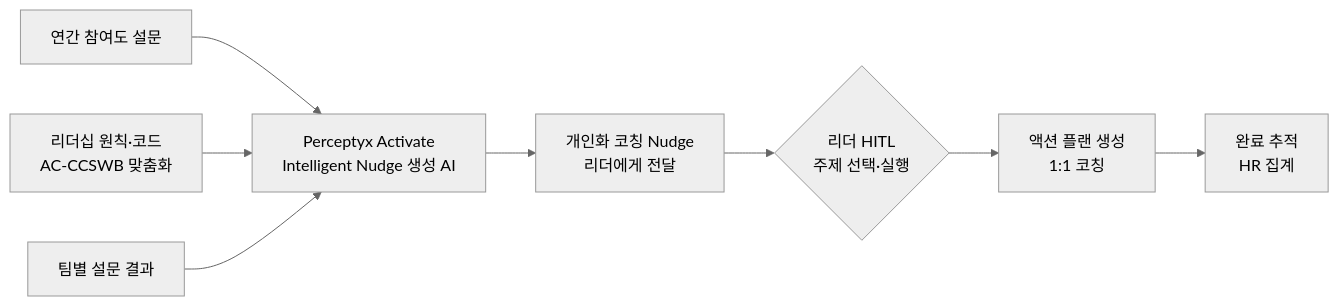
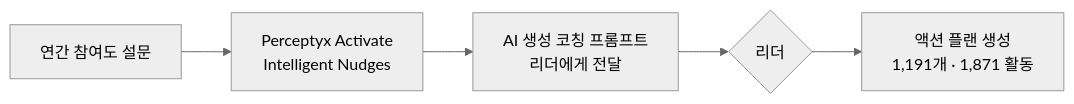
Before and after one commit to jameskim1st/hr-ai-benchmark: the diagram in wiki/usecases/coca-cola-southwest-perceptyx-activate.md, drawn with Mermaid (neutral theme). The commit also changed other lines of this file and 222 other files, not shown here.

````diff
--- a/wiki/usecases/coca-cola-southwest-perceptyx-activate.md
+++ b/wiki/usecases/coca-cola-southwest-perceptyx-activate.md
@@ -64,10 +64,7 @@
 ```mermaid
 flowchart LR
-    Survey[연간 참여도 설문] --> AI[Perceptyx Activate\nIntelligent Nudge 생성 AI]
-    Principles[리더십 원칙·코드\nAC-CCSWB 맞춤화] --> AI
-    Results[팀별 설문 결과] --> AI
-    AI --> Nudge[개인화 코칭 Nudge\n리더에게 전달]
-    Nudge --> Leader{리더 HITL\n주제 선택·실행}
-    Leader --> Plan[액션 플랜 생성\n1:1 코칭]
-    Plan --> Track[완료 추적\nHR 집계]
+    Survey[연간 참여도 설문] --> AI[Perceptyx Activate\nIntelligent Nudges]
+    AI --> Nudge[AI 생성 코칭 프롬프트\n리더에게 전달]
+    Nudge --> Leader{리더}
+    Leader --> Plan[액션 플랜 생성\n1,191개 · 1,871 활동]
 ```
````
